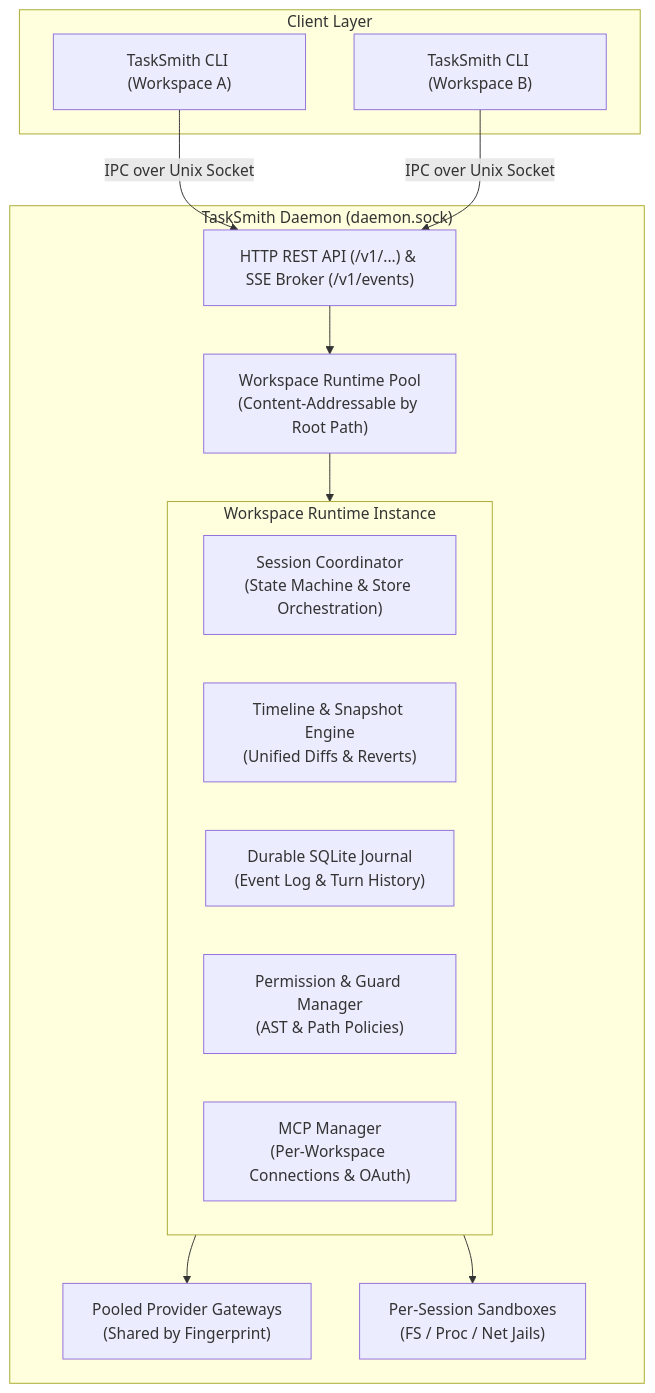
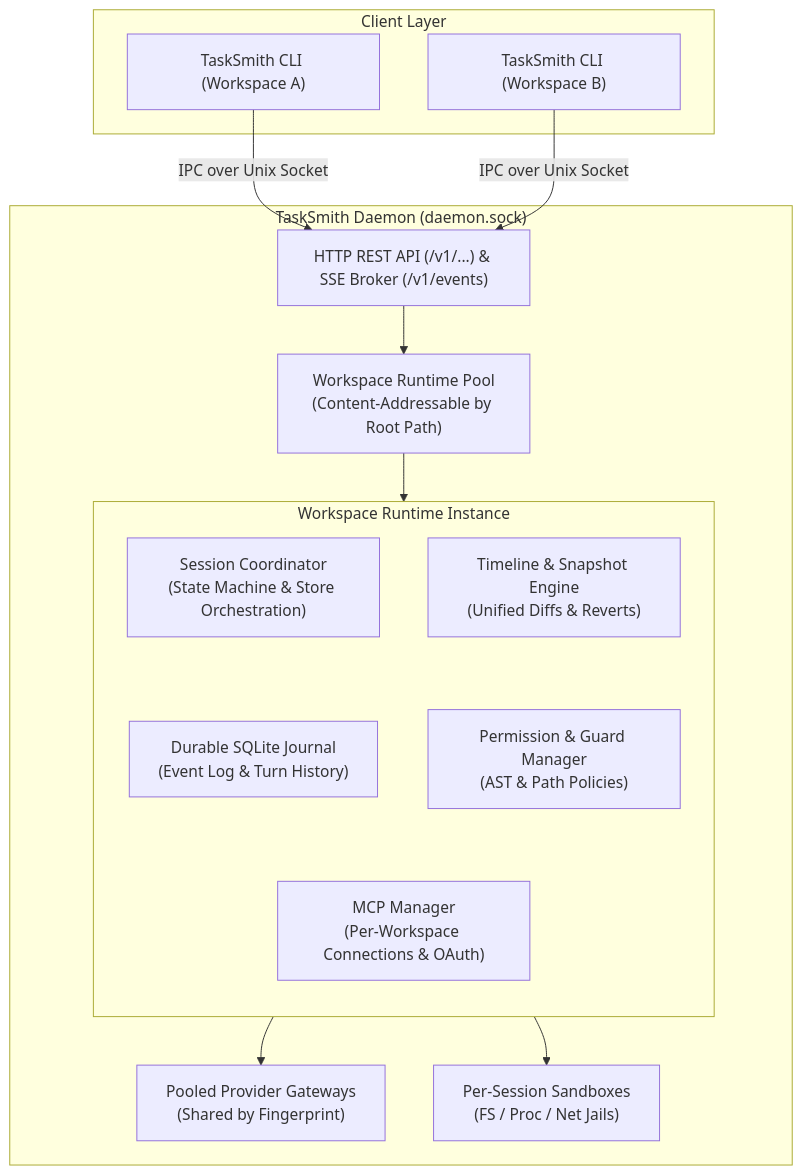
The diagram in docs/architecture/daemon.md (masterkeysrd/tasksmith), drawn with Mermaid before and after one commit. The commit also changed 18 other files, not shown here.

````diff
--- a/docs/architecture/daemon.md
+++ b/docs/architecture/daemon.md
@@ -9,29 +9,34 @@
 ```mermaid
 flowchart TD
     subgraph Clients ["Client Layer"]
         CLI1["TaskSmith CLI (Workspace A)"]
         CLI2["TaskSmith CLI (Workspace B)"]
     end
 
     subgraph DaemonSubsystem ["TaskSmith Daemon (daemon.sock)"]
         Server["HTTP REST API (/v1/...) & SSE Broker (/v1/events)"]
         RuntimePool["Workspace Runtime Pool\n(Content-Addressable by Root Path)"]
 
         subgraph RuntimeInstance ["Workspace Runtime Instance"]
+            direction TB
             SessCoord["Session Coordinator\n(State Machine & Store Orchestration)"]
             Timeline["Timeline & Snapshot Engine\n(Unified Diffs & Reverts)"]
             Journal["Durable SQLite Journal\n(Event Log & Turn History)"]
             PermMgr["Permission & Guard Manager\n(AST & Path Policies)"]
             MCPMgr["MCP Manager\n(Per-Workspace Connections & OAuth)"]
+
+            SessCoord ~~~ Journal
+            Timeline ~~~ PermMgr
+            Journal & PermMgr ~~~ MCPMgr
         end
 
         Gateways["Pooled Provider Gateways\n(Shared by Fingerprint)"]
         Sandboxes["Per-Session Sandboxes\n(FS / Proc / Net Jails)"]
     end
 
     CLI1 & CLI2 -->|IPC over Unix Socket| Server
     Server --> RuntimePool
     RuntimePool --> RuntimeInstance
     RuntimeInstance --> Gateways
     RuntimeInstance --> Sandboxes
 ```
````
